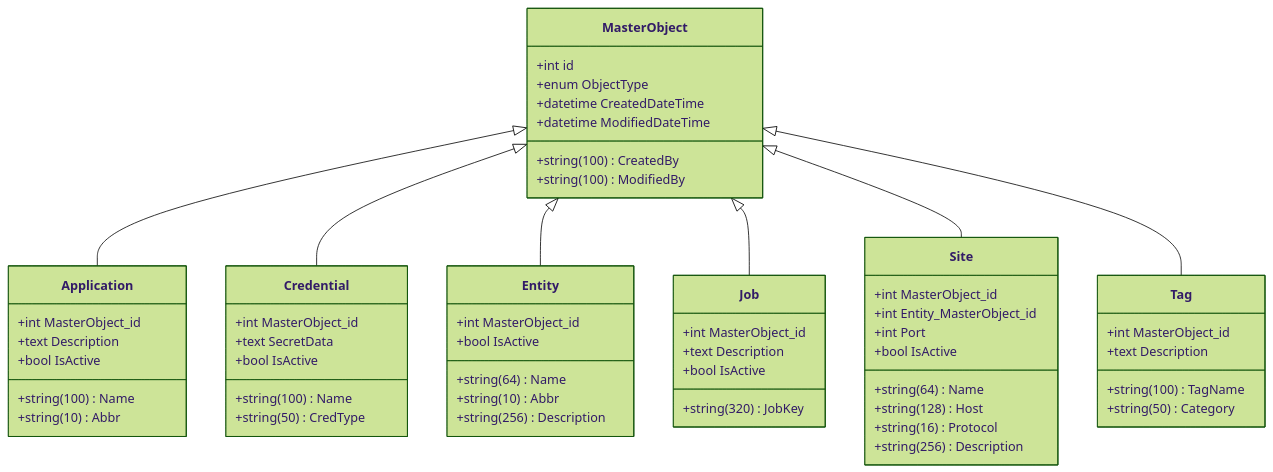
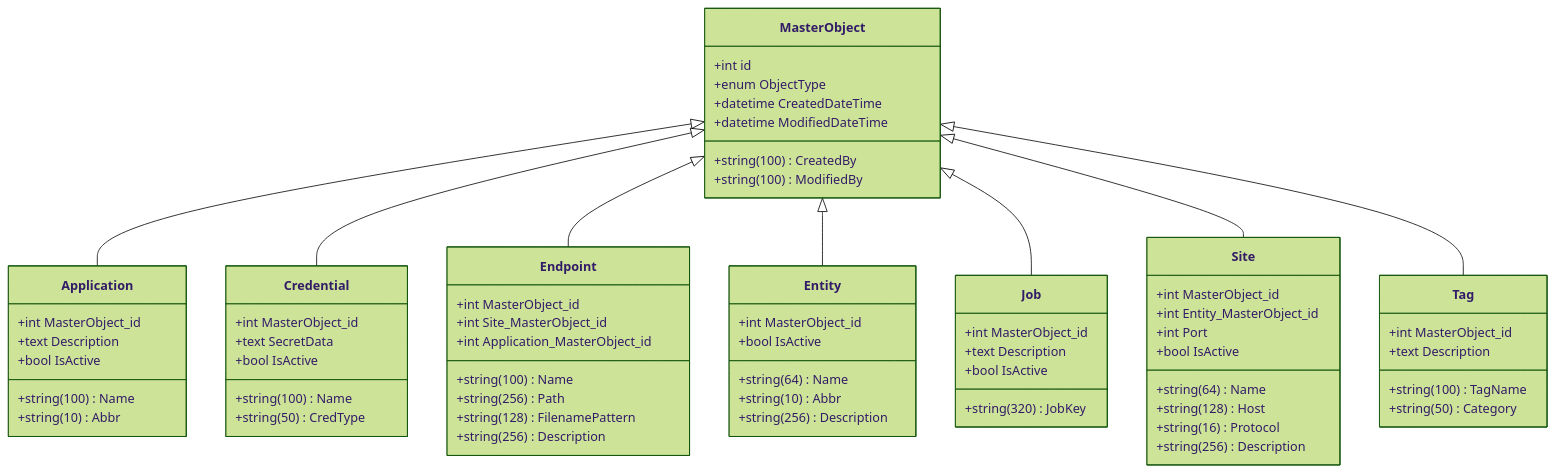
Before and after one commit to JayCBoal/AutomationApp: the first of 3 diagrams in docs/PYTHON_MODEL.md, drawn with Mermaid (forest theme). The commit also changed 11 other files, not shown here.

````diff
--- a/docs/PYTHON_MODEL.md
+++ b/docs/PYTHON_MODEL.md
@@ -11,61 +11,71 @@
 ```mermaid
 classDiagram
     direction TB
     class MasterObject {
         +int id
         +enum ObjectType
         +datetime CreatedDateTime
         +string(100) CreatedBy
         +datetime ModifiedDateTime
         +string(100) ModifiedBy
     }
     class Application {
         +int MasterObject_id
         +string(100) Name
         +string(10) Abbr
         +text Description
         +bool IsActive
     }
     MasterObject <|-- Application
     class Credential {
         +int MasterObject_id
         +string(100) Name
         +string(50) CredType
         +text SecretData
         +bool IsActive
     }
     MasterObject <|-- Credential
+    class Endpoint {
+        +int MasterObject_id
+        +string(100) Name
+        +int Site_MasterObject_id
+        +int Application_MasterObject_id
+        +string(256) Path
+        +string(128) FilenamePattern
+        +string(256) Description
+    }
+    MasterObject <|-- Endpoint
     class Entity {
         +int MasterObject_id
         +string(64) Name
         +string(10) Abbr
         +string(256) Description
         +bool IsActive
     }
     MasterObject <|-- Entity
     class Job {
         +int MasterObject_id
         +string(320) JobKey
         +text Description
         +bool IsActive
     }
     MasterObject <|-- Job
     class Site {
         +int MasterObject_id
         +int Entity_MasterObject_id
         +string(64) Name
         +string(128) Host
         +int Port
         +string(16) Protocol
         +string(256) Description
         +bool IsActive
     }
     MasterObject <|-- Site
     class Tag {
         +int MasterObject_id
         +string(100) TagName
         +string(50) Category
         +text Description
     }
     MasterObject <|-- Tag
 ```
````
